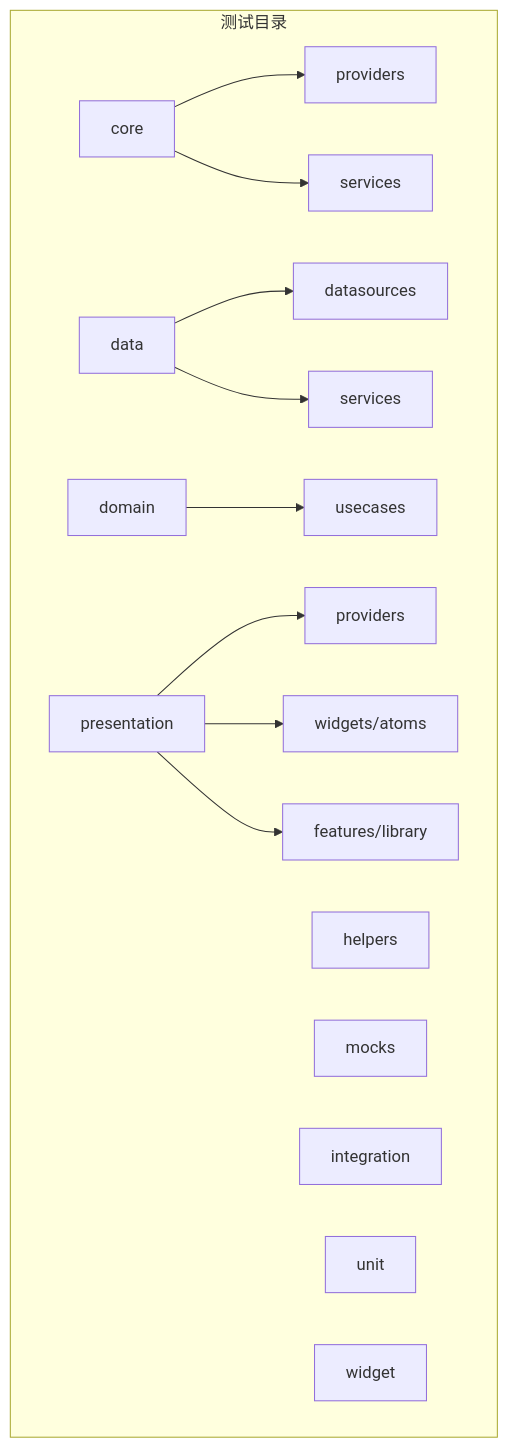
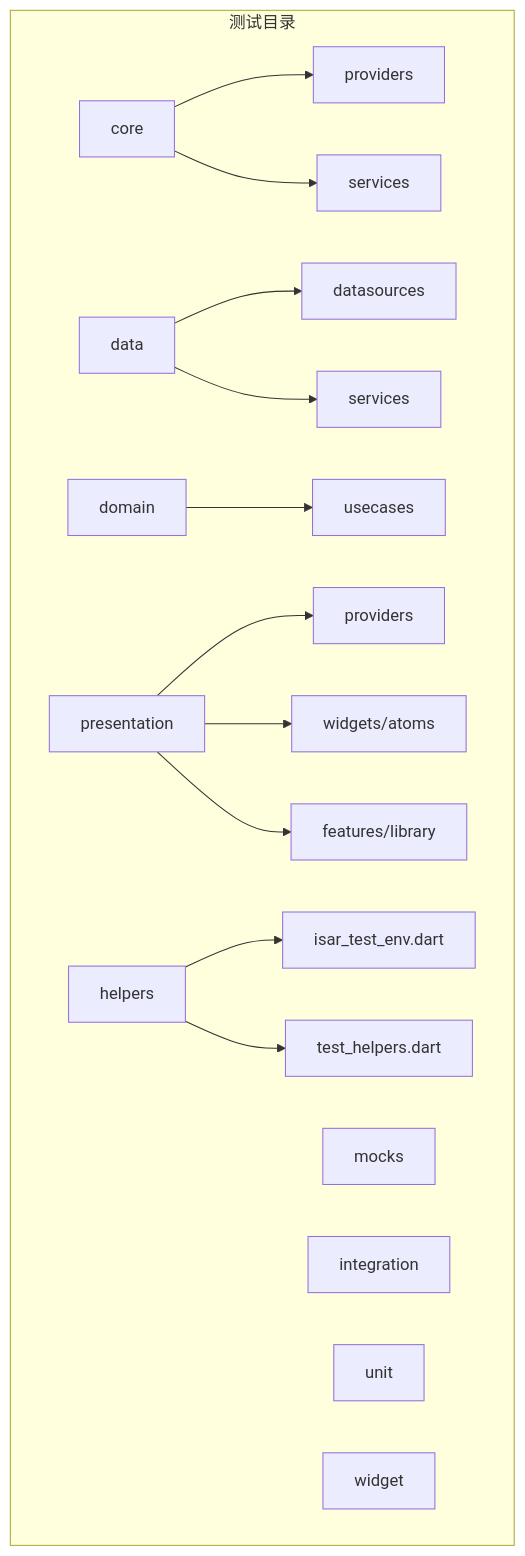
The first of 13 diagrams in .qoder/repowiki/zh/content/开发指南/测试策略.md (ZTfer/Tinycast), drawn with Mermaid before and after one commit. The commit also changed other lines of this file and 7 other files, not shown here.

````diff
--- a/.qoder/repowiki/zh/content/开发指南/测试策略.md
+++ b/.qoder/repowiki/zh/content/开发指南/测试策略.md
@@ -54,18 +60,19 @@
 ```mermaid
 graph TB
 subgraph "测试目录"
 A["core"] --> B["providers"]
 A --> C["services"]
 D["data"] --> E["datasources"]
 D --> F["services"]
 G["domain"] --> H["usecases"]
 I["presentation"] --> J["providers"]
 I --> K["widgets/atoms"]
 I --> L["features/library"]
-M["helpers"]
-N["mocks"]
-O["integration"]
-P["unit"]
-Q["widget"]
+M["helpers"] --> N["isar_test_env.dart"]
+M --> O["test_helpers.dart"]
+P["mocks"]
+Q["integration"]
+R["unit"]
+S["widget"]
 end
 ```
````
